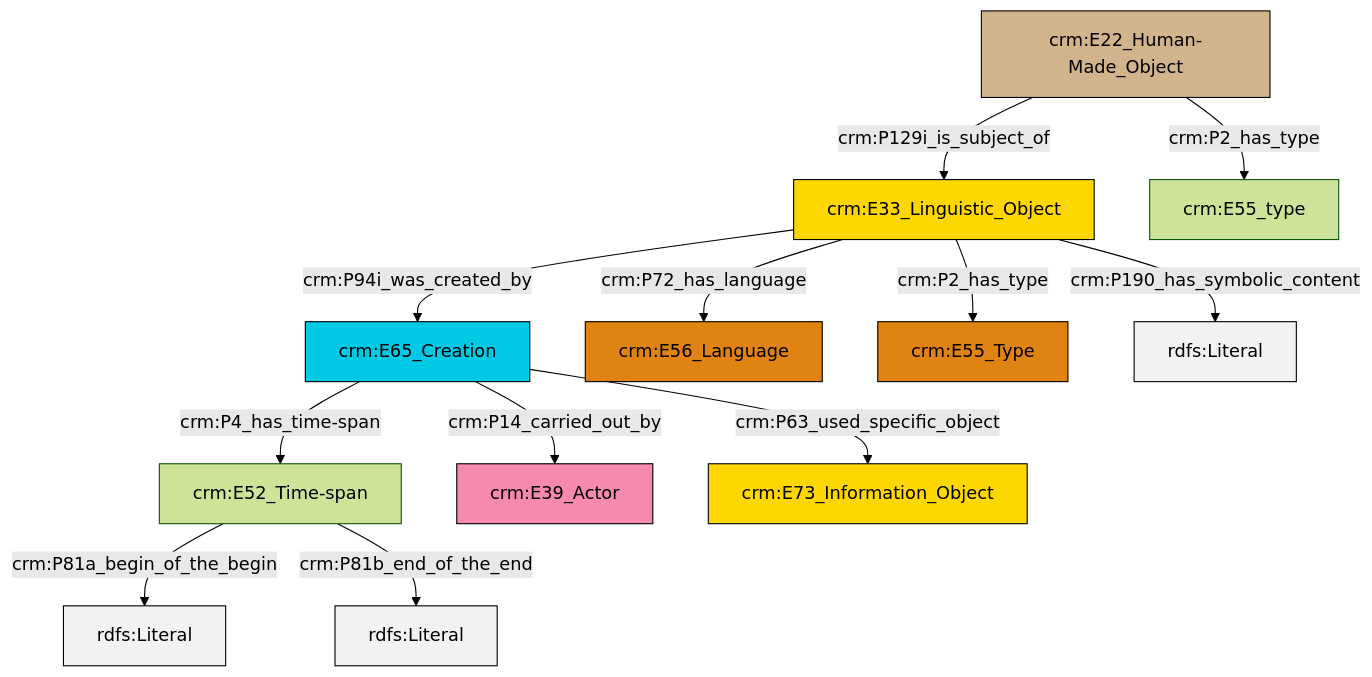
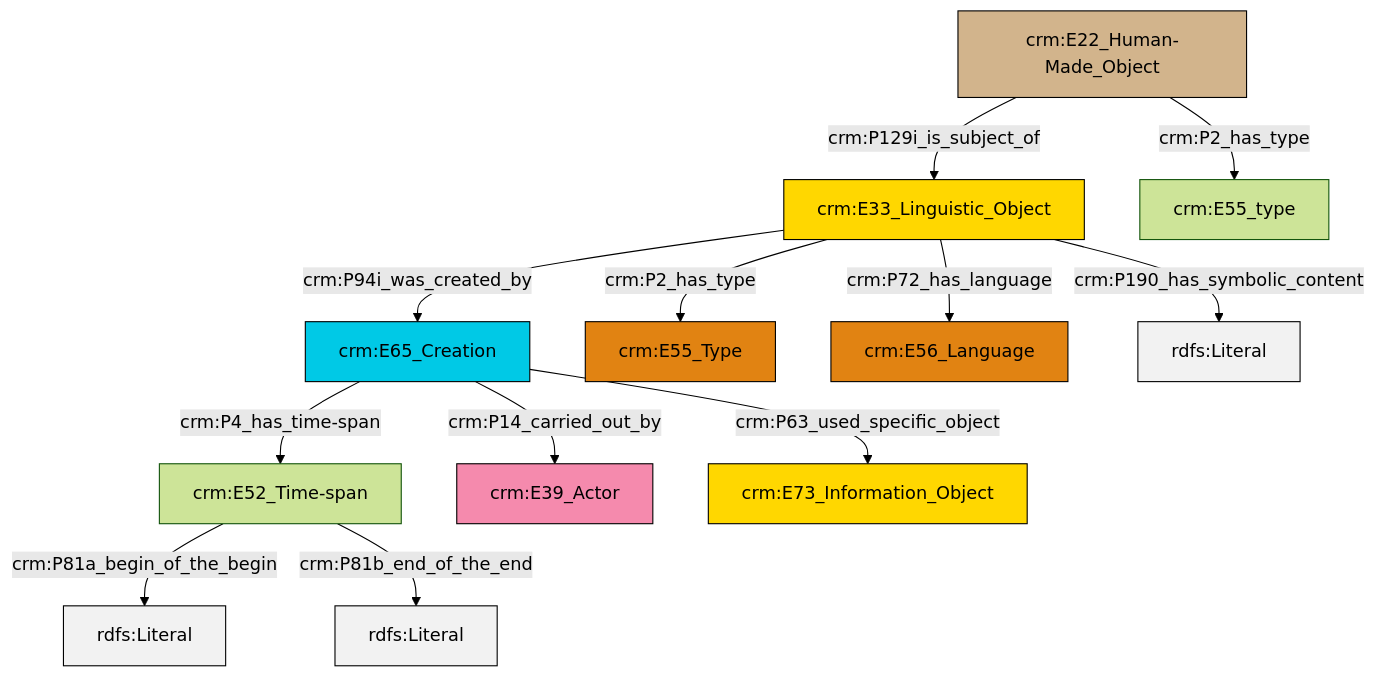
One commit to swiss-art-research-net/docs.swissartresearch changed the diagram in et/builtWorkCSV/ttl/mmd/Built_Work_description.ttl.mmd. Above: the diagram before and after it, drawn with Mermaid (forest theme). The commit also changed 181 other files, not shown here.

```diff
--- a/et/builtWorkCSV/ttl/mmd/Built_Work_description.ttl.mmd
+++ b/et/builtWorkCSV/ttl/mmd/Built_Work_description.ttl.mmd
@@ -1,26 +1,26 @@
 graph TD
 classDef Literal fill:#f2f2f2,stroke:#000000;
 classDef CRM_Entity fill:#FFFFFF,stroke:#000000;
 classDef Temporal_Entity fill:#00C9E6, stroke:#000000;
 classDef Type fill:#E18312, stroke:#000000;
 classDef Time-Span fill:#2C9C91, stroke:#000000;
 classDef Appellation fill:#FFEB7F, stroke:#000000;
 classDef Place fill:#008836, stroke:#000000;
 classDef Persistent_Item fill:#B266B2, stroke:#000000;
 classDef Conceptual_Object fill:#FFD700, stroke:#000000;
 classDef Physical_Thing fill:#D2B48C, stroke:#000000;
 classDef Actor fill:#f58aad, stroke:#000000;
 classDef PC_Classes fill:#4ce600, stroke:#000000;
 classDef Multi fill:#cccccc,stroke:#000000;
 
-0["crm:E65_Creation"]:::Temporal_Entity -->|crm:P4_has_time-span| 1["crm:E52_Time-span"]:::Default
-3["crm:E33_Linguistic_Object"]:::Conceptual_Object -->|crm:P72_has_language| 4["crm:E56_Language"]:::Type
-0["crm:E65_Creation"]:::Temporal_Entity -->|crm:P14_carried_out_by| 5["crm:E39_Actor"]:::Actor
-7["crm:E22_Human-Made_Object"]:::Physical_Thing -->|crm:P129i_is_subject_of| 3["crm:E33_Linguistic_Object"]:::Conceptual_Object
-3["crm:E33_Linguistic_Object"]:::Conceptual_Object -->|crm:P2_has_type| 8["crm:E55_Type"]:::Type
-3["crm:E33_Linguistic_Object"]:::Conceptual_Object -->|crm:P94i_was_created_by| 0["crm:E65_Creation"]:::Temporal_Entity
-3["crm:E33_Linguistic_Object"]:::Conceptual_Object -->|crm:P190_has_symbolic_content| 11[rdfs:Literal]:::Literal
-0["crm:E65_Creation"]:::Temporal_Entity -->|crm:P63_used_specific_object| 12["crm:E73_Information_Object"]:::Conceptual_Object
-7["crm:E22_Human-Made_Object"]:::Physical_Thing -->|crm:P2_has_type| 14["crm:E55_type"]:::Default
-1["crm:E52_Time-span"]:::Default -->|crm:P81a_begin_of_the_begin| 16[rdfs:Literal]:::Literal
-1["crm:E52_Time-span"]:::Default -->|crm:P81b_end_of_the_end| 17[rdfs:Literal]:::Literal
+0["crm:E33_Linguistic_Object"]:::Conceptual_Object -->|crm:P94i_was_created_by| 1["crm:E65_Creation"]:::Temporal_Entity
+1["crm:E65_Creation"]:::Temporal_Entity -->|crm:P4_has_time-span| 3["crm:E52_Time-span"]:::Default
+3["crm:E52_Time-span"]:::Default -->|crm:P81a_begin_of_the_begin| 4[rdfs:Literal]:::Literal
+10["crm:E22_Human-Made_Object"]:::Physical_Thing -->|crm:P129i_is_subject_of| 0["crm:E33_Linguistic_Object"]:::Conceptual_Object
+3["crm:E52_Time-span"]:::Default -->|crm:P81b_end_of_the_end| 11[rdfs:Literal]:::Literal
+0["crm:E33_Linguistic_Object"]:::Conceptual_Object -->|crm:P2_has_type| 5["crm:E55_Type"]:::Type
+10["crm:E22_Human-Made_Object"]:::Physical_Thing -->|crm:P2_has_type| 12["crm:E55_type"]:::Default
+0["crm:E33_Linguistic_Object"]:::Conceptual_Object -->|crm:P190_has_symbolic_content| 17[rdfs:Literal]:::Literal
+1["crm:E65_Creation"]:::Temporal_Entity -->|crm:P63_used_specific_object| 13["crm:E73_Information_Object"]:::Conceptual_Object
+0["crm:E33_Linguistic_Object"]:::Conceptual_Object -->|crm:P72_has_language| 15["crm:E56_Language"]:::Type
+1["crm:E65_Creation"]:::Temporal_Entity -->|crm:P14_carried_out_by| 8["crm:E39_Actor"]:::Actor
```
